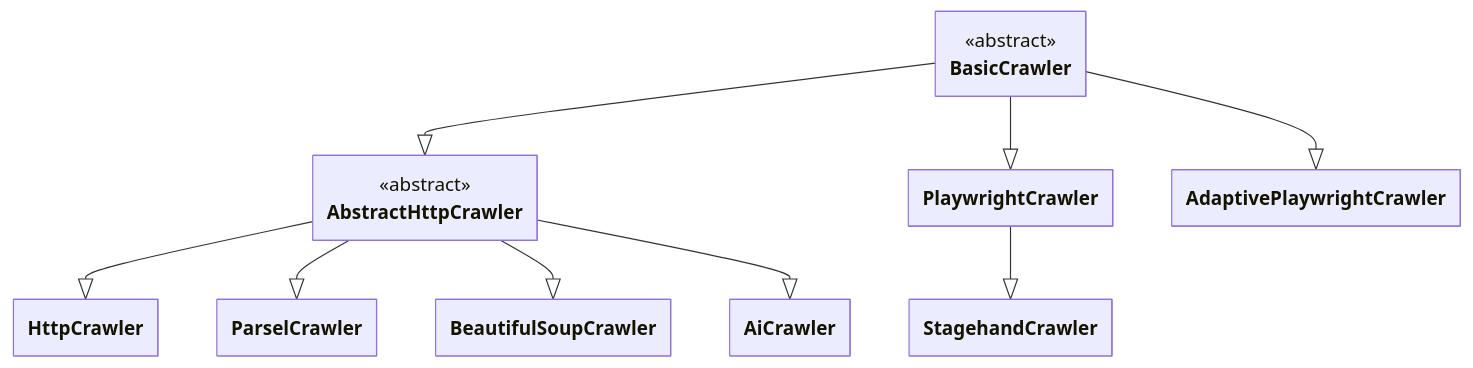
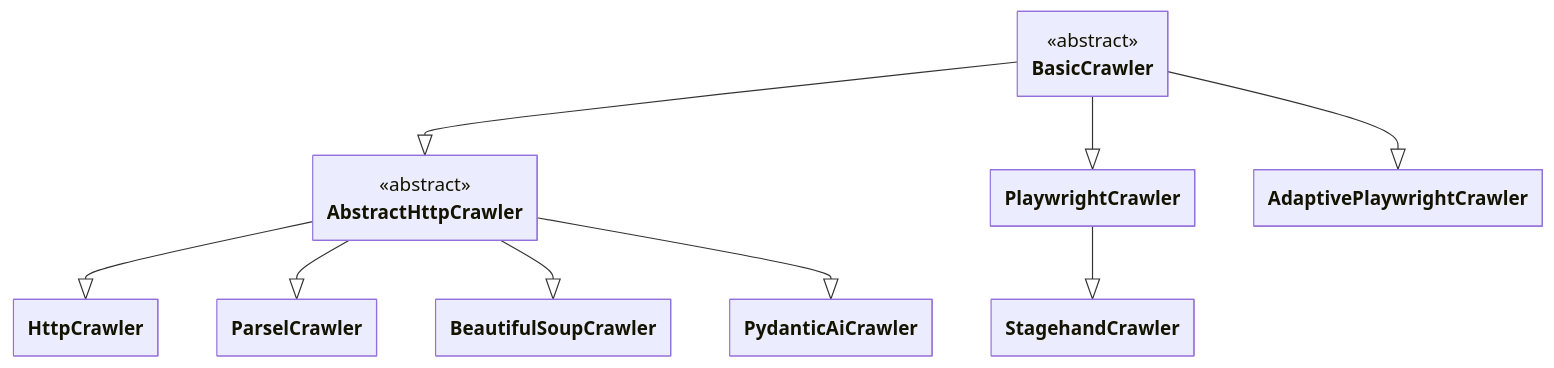
One commit to apify/crawlee-python changed the first of 5 diagrams in docs/guides/architecture_overview.mdx. Above: the diagram before and after it, drawn with Mermaid. The commit also changed other lines of this file and 28 other files, not shown here.

````diff
--- a/docs/guides/architecture_overview.mdx
+++ b/docs/guides/architecture_overview.mdx
@@ -21,52 +21,52 @@
 ```mermaid
 ---
 config:
     class:
         hideEmptyMembersBox: true
 ---
 
 classDiagram
 
 %% ========================
 %% Abstract classes
 %% ========================
 
 class BasicCrawler {
     <<abstract>>
 }
 
 class AbstractHttpCrawler {
     <<abstract>>
 }
 
 %% ========================
 %% Specific classes
 %% ========================
 
 class HttpCrawler
 
 class ParselCrawler
 
 class BeautifulSoupCrawler
 
-class AiCrawler
+class PydanticAiCrawler
 
 class PlaywrightCrawler
 
 class AdaptivePlaywrightCrawler
 
 class StagehandCrawler
 
 %% ========================
 %% Inheritance arrows
 %% ========================
 
 BasicCrawler --|> AbstractHttpCrawler
 BasicCrawler --|> PlaywrightCrawler
 BasicCrawler --|> AdaptivePlaywrightCrawler
 AbstractHttpCrawler --|> HttpCrawler
 AbstractHttpCrawler --|> ParselCrawler
 AbstractHttpCrawler --|> BeautifulSoupCrawler
-AbstractHttpCrawler --|> AiCrawler
+AbstractHttpCrawler --|> PydanticAiCrawler
 PlaywrightCrawler --|> StagehandCrawler
 ```
````
